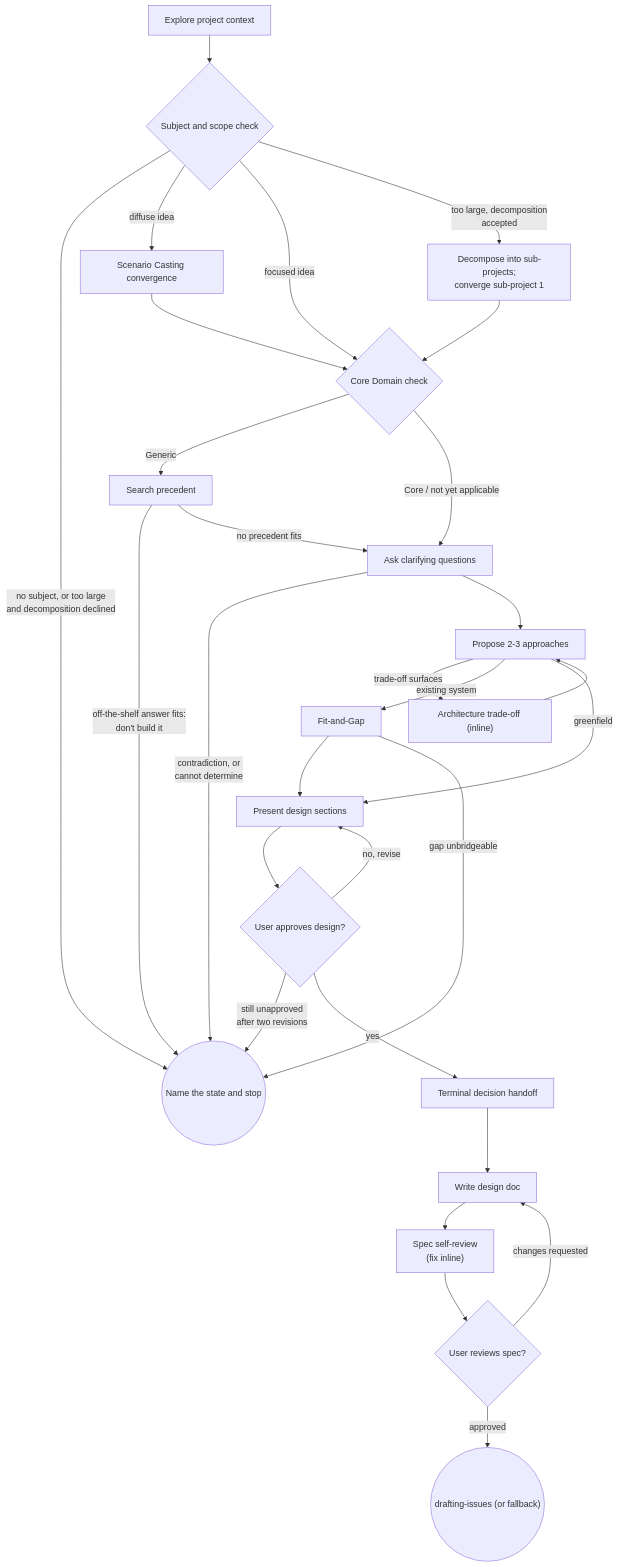
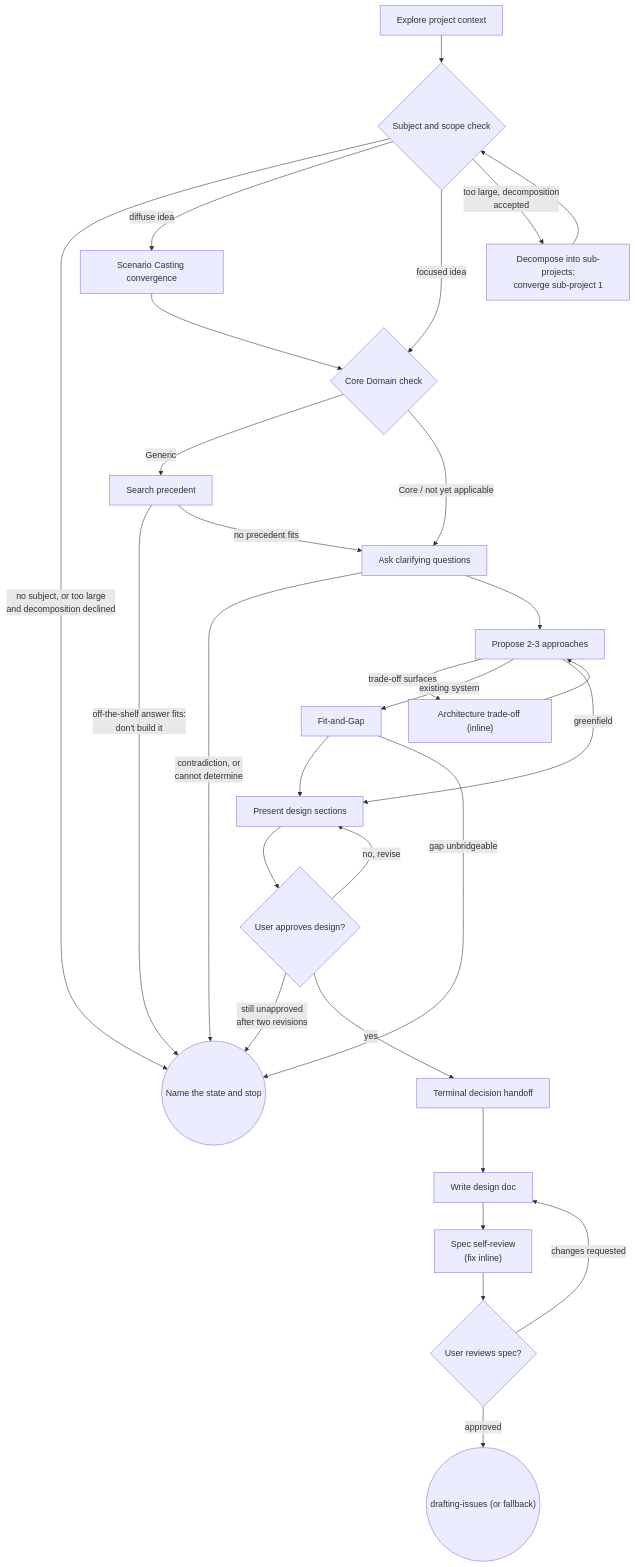
One commit to tvna/gitapex changed the diagram in skills/eliciting-a-design/SKILL.md. Above: the diagram before and after it, drawn with Mermaid. The commit also changed other lines of this file, not shown here.

Commit message:
fix(eliciting-a-design): close decompose-branch reachability and durability gaps
An isolated battle-testing-a-skill/evaluating-skill-quality re-audit of the
prior commit found two real gaps introduced by the new decompose branch:

- decompose --> core was an unconditional dead end: a sub-project that,
  once converged into, turns out to itself still span independent
  subsystems had no edge back to the scope check. Route decompose --> scope
  instead, so a still-too-large sub-project decomposes again before
  converging, the same way the pre-existing approved -->|"no, revise"|
  present loop is expected to converge via user dialogue.
- The fresh-invocation-per-sub-project default had no requirement to record
  the decomposition itself (sibling pieces, relationships, build order)
  anywhere durable, so a later fresh invocation had nothing to read back.
  State that it must be recorded in the converging sub-project's own design
  doc or issue.

Refs #1273

````diff
--- a/skills/eliciting-a-design/SKILL.md
+++ b/skills/eliciting-a-design/SKILL.md
@@ -60,50 +60,50 @@
 ```mermaid
 flowchart TD
     explore["Explore project context"]
     scope{"Subject and scope check"}
     core{"Core Domain check"}
     precedent["Search precedent"]
     scenario["Scenario Casting convergence"]
     ask["Ask clarifying questions"]
     stop(("Name the state and stop"))
     approaches["Propose 2-3 approaches"]
     tradeoff["Architecture trade-off (inline)"]
     fitgap["Fit-and-Gap"]
     present["Present design sections"]
     approved{"User approves design?"}
     handoff["Terminal decision handoff"]
     writedoc["Write design doc"]
     selfreview["Spec self-review<br/>(fix inline)"]
     userreview{"User reviews spec?"}
     issueformalize(("drafting-issues (or fallback)"))
     decompose["Decompose into sub-projects;<br/>converge sub-project 1"]
 
     explore --> scope
     scope -->|"no subject, or too large<br/>and decomposition declined"| stop
     scope -->|"diffuse idea"| scenario
     scope -->|"focused idea"| core
     scope -->|"too large, decomposition<br/>accepted"| decompose
-    decompose --> core
+    decompose --> scope
     scenario --> core
     core -->|"Generic"| precedent
     core -->|"Core / not yet applicable"| ask
     precedent -->|"off-the-shelf answer fits:<br/>don't build it"| stop
     precedent -->|"no precedent fits"| ask
     ask -->|"contradiction, or<br/>cannot determine"| stop
     ask --> approaches
     approaches -->|"trade-off surfaces"| tradeoff
     tradeoff --> approaches
     approaches -->|"existing system"| fitgap
     approaches -->|"greenfield"| present
     fitgap --> present
     fitgap -->|"gap unbridgeable"| stop
     present --> approved
     approved -->|"no, revise"| present
     approved -->|"still unapproved<br/>after two revisions"| stop
     approved -->|"yes"| handoff
     handoff --> writedoc
     writedoc --> selfreview
     selfreview --> userreview
     userreview -->|"changes requested"| writedoc
     userreview -->|"approved"| issueformalize
 ```
````
